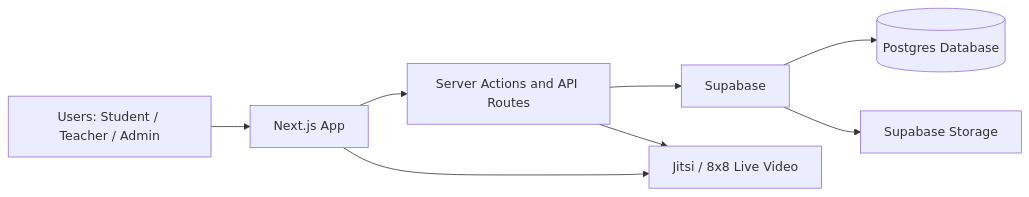
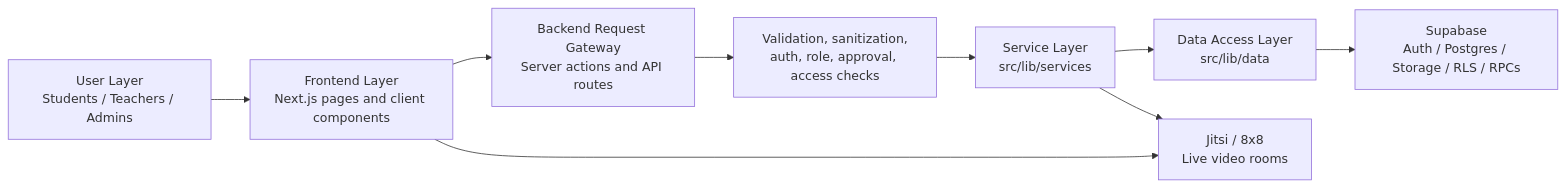
The first of 7 diagrams in docs/system-overview.md (Miryldeleon/Kora-Thryve-Co), drawn with Mermaid before and after one commit. The commit also changed other lines of this file and 38 other files, not shown here.

Commit message:
get commit -m "Refactor: Restructure codebase and implement service layer for improved maintainability and scalability

````diff
--- a/docs/system-overview.md
+++ b/docs/system-overview.md
@@ -51,18 +51,20 @@
 ```mermaid
 flowchart LR
-  U[Users: Student / Teacher / Admin]
-  N[Next.js App]
-  A[Server Actions and API Routes]
-  S[Supabase]
-  D[(Postgres Database)]
-  ST[Supabase Storage]
-  J[Jitsi / 8x8 Live Video]
+  U[User Layer<br/>Students / Teachers / Admins]
+  F[Frontend Layer<br/>Next.js pages and client components]
+  G[Backend Request Gateway<br/>Server actions and API routes]
+  V[Validation, sanitization,<br/>auth, role, approval, access checks]
+  SV[Service Layer<br/>src/lib/services]
+  DA[Data Access Layer<br/>src/lib/data]
+  SB[Supabase<br/>Auth / Postgres / Storage / RLS / RPCs]
+  J[Jitsi / 8x8<br/>Live video rooms]
 
-  U --> N
-  N --> A
-  A --> S
-  S --> D
-  S --> ST
-  N --> J
-  A --> J
+  U --> F
+  F --> G
+  G --> V
+  V --> SV
+  SV --> DA
+  DA --> SB
+  SV --> J
+  F --> J
 ```
````
